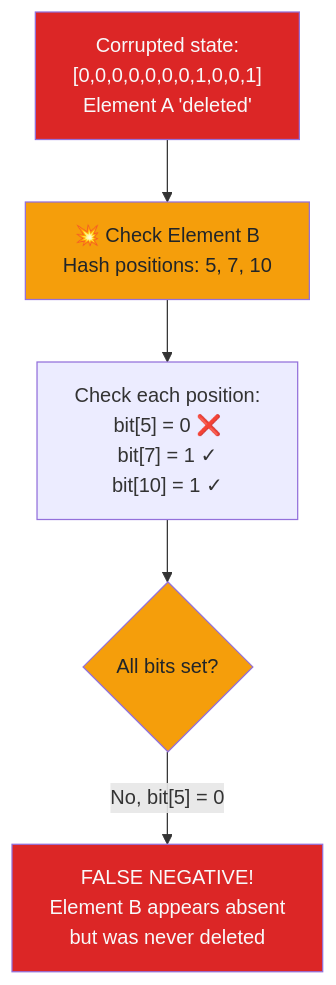
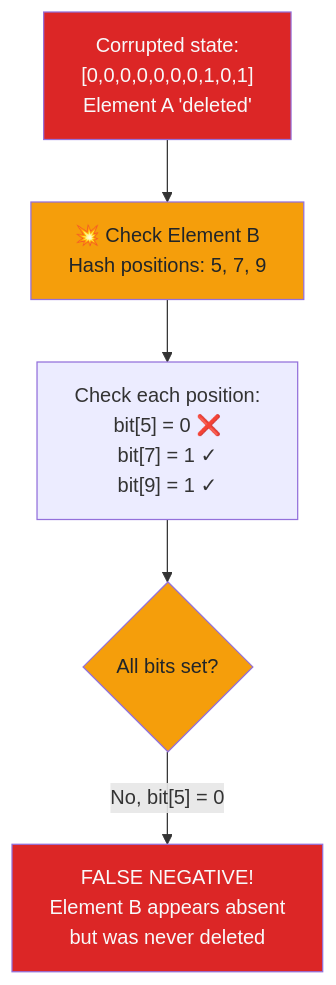
Before and after one commit to AxelUser/maltsev.space: the third of 6 diagrams in src/posts/009-counting-bloom-filters/index.md, drawn with Mermaid. The commit also changed other lines of this file and 6 other files, not shown here.

````diff
--- a/src/posts/009-counting-bloom-filters/index.md
+++ b/src/posts/009-counting-bloom-filters/index.md
@@ -79,15 +91,15 @@
 ```mermaid
 graph TD
-    A["Corrupted state:<br/>[0,0,0,0,0,0,0,1,0,0,1]<br/>Element A 'deleted'"] --> B["💥 Check Element B<br/>Hash positions: 5, 7, 10"]
+    A["Corrupted state:<br/>[0,0,0,0,0,0,0,1,0,1]<br/>Element A 'deleted'"] --> B["💥 Check Element B<br/>Hash positions: 5, 7, 9"]
     
-    B --> C["Check each position:<br/>bit[5] = 0 ❌<br/>bit[7] = 1 ✓<br/>bit[10] = 1 ✓"]
+    B --> C["Check each position:<br/>bit[5] = 0 ❌<br/>bit[7] = 1 ✓<br/>bit[9] = 1 ✓"]
     
     C --> D{"All bits set?"}
     
     D -->|"No, bit[5] = 0"| E["FALSE NEGATIVE!<br/>Element B appears absent<br/>but was never deleted"]
     
     style A fill:#dc2626,color:#f8f9fa
     style B fill:#f59e0b,color:#212529
     style D fill:#f59e0b,color:#212529
     style E fill:#dc2626,color:#f8f9fa
 ```
````
